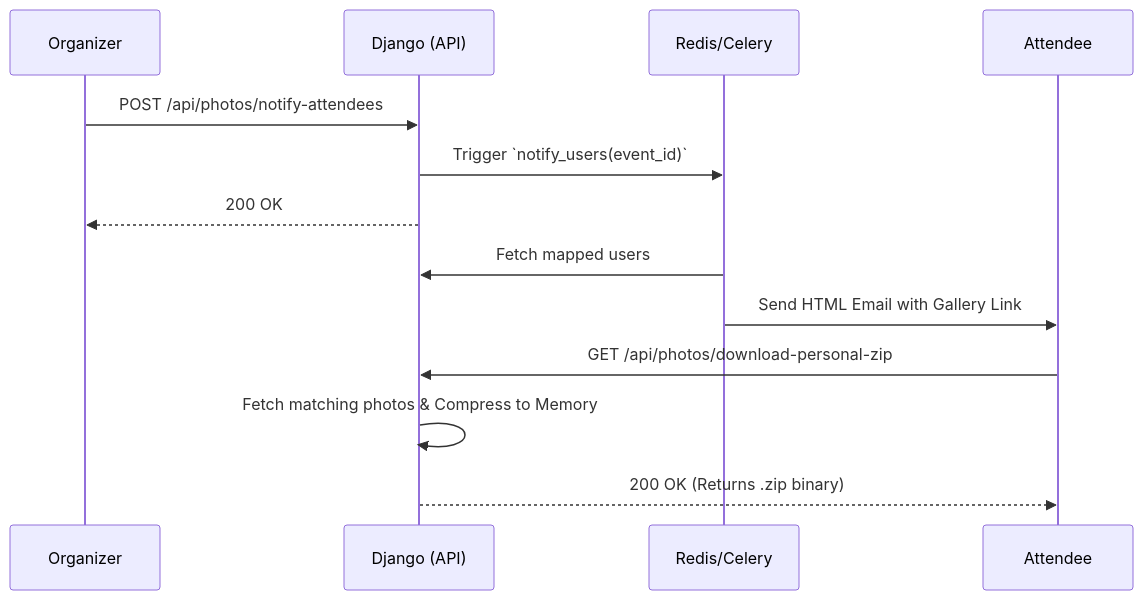
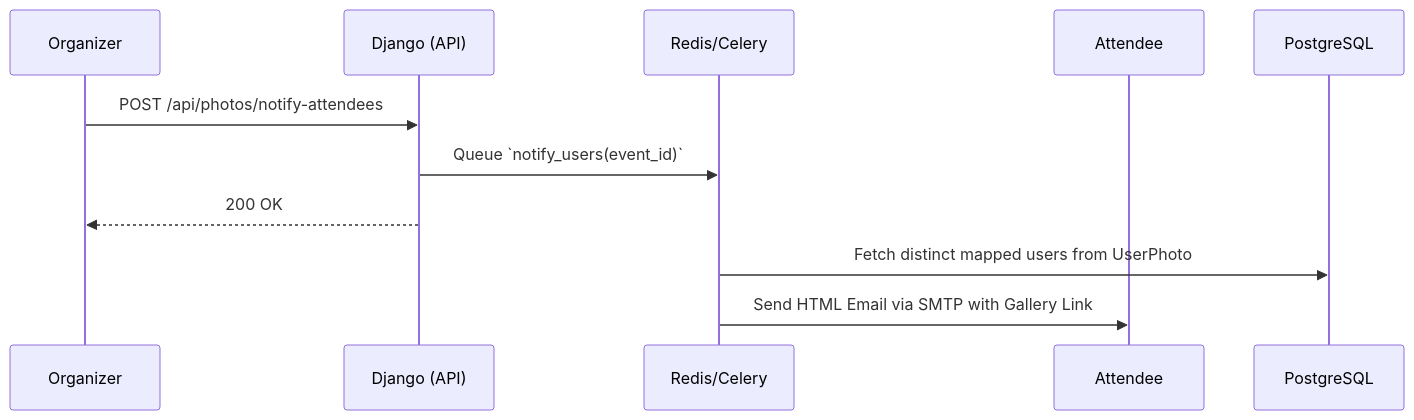
The third of 3 diagrams in docs/neoevents_prd.md (NeoEdge-Fusion-Tech/neoEventBackend), drawn with Mermaid before and after one commit. The commit also changed other lines of this file and 4 other files, not shown here.

````diff
--- a/docs/neoevents_prd.md
+++ b/docs/neoevents_prd.md
@@ -109,18 +154,14 @@
 ```mermaid
 sequenceDiagram
     participant Organizer
     participant Django (API)
     participant Redis/Celery
     participant Attendee
     
     Organizer->>Django (API): POST /api/photos/notify-attendees
-    Django (API)->>Redis/Celery: Trigger `notify_users(event_id)`
+    Django (API)->>Redis/Celery: Queue `notify_users(event_id)`
     Django (API)-->>Organizer: 200 OK
     
-    Redis/Celery->>Django (API): Fetch mapped users
-    Redis/Celery->>Attendee: Send HTML Email with Gallery Link
-    
-    Attendee->>Django (API): GET /api/photos/download-personal-zip
-    Django (API)->>Django (API): Fetch matching photos & Compress to Memory
-    Django (API)-->>Attendee: 200 OK (Returns .zip binary)
+    Redis/Celery->>PostgreSQL: Fetch distinct mapped users from UserPhoto
+    Redis/Celery->>Attendee: Send HTML Email via SMTP with Gallery Link
 ```
````
